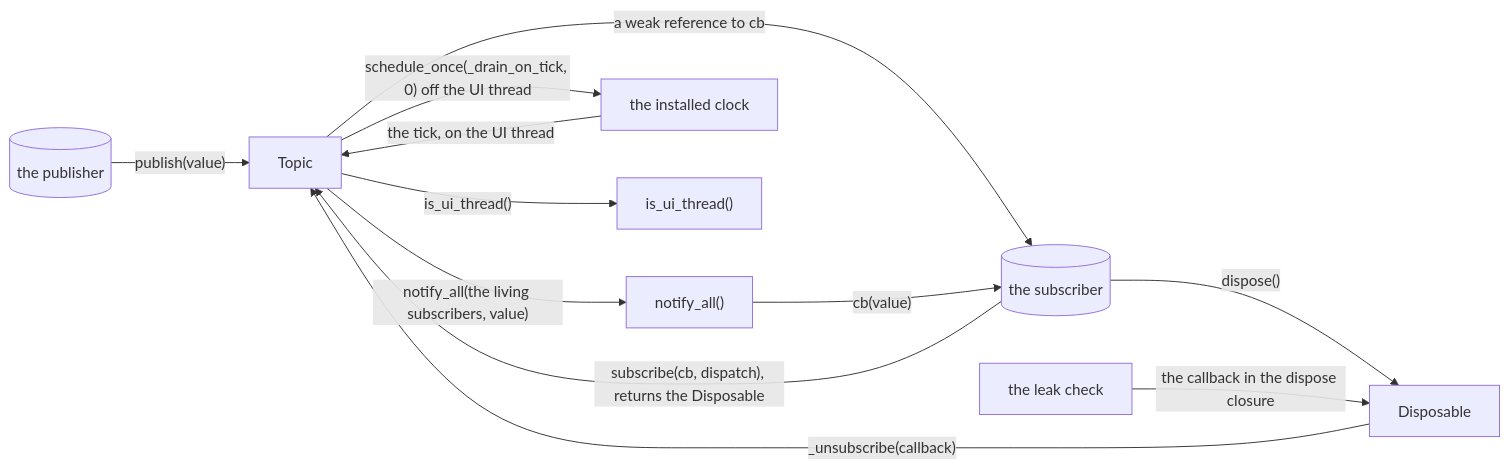
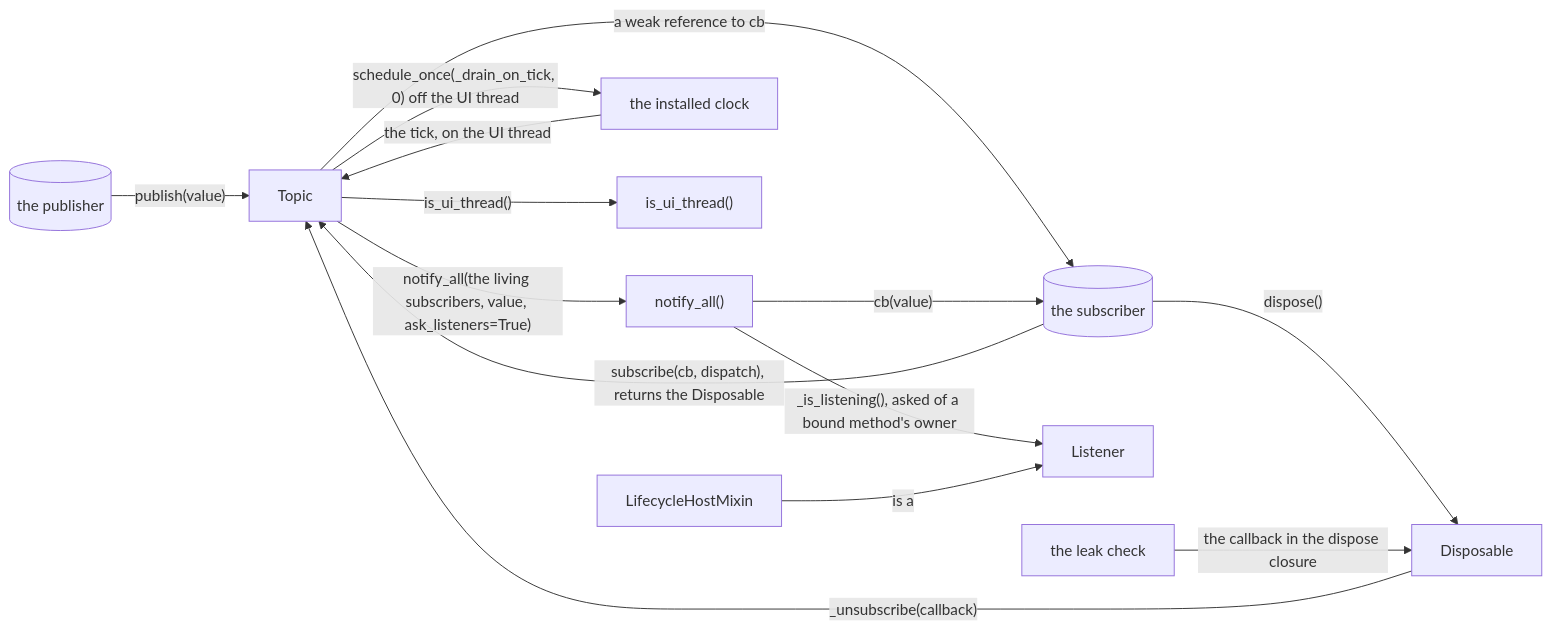
The ninth of 12 diagrams in docs/design/OBSERVABLE.md (yuksblog/nuiitivet), drawn with Mermaid before and after one commit. The commit also changed other lines of this file and 11 other files, not shown here.

First line of the commit message:
feat(observable): Topic calls a widget's method only while it is mounted

````diff
--- a/docs/design/OBSERVABLE.md
+++ b/docs/design/OBSERVABLE.md
@@ -353,23 +353,27 @@
 ```mermaid
 flowchart LR
     publisher[(the publisher)]
     subscriber[(the subscriber)]
     topic[Topic]
     disposable[Disposable]
     notify["notify_all()"]
     clock[the installed clock]
     threading["is_ui_thread()"]
+    listener[Listener]
+    lifecycle[LifecycleHostMixin]
     leaks[the leak check]
 
     publisher -- "publish(value)" --> topic
     subscriber -- "subscribe(cb, dispatch), returns the Disposable" --> topic
     subscriber -- "dispose()" --> disposable
     topic -- "a weak reference to cb" --> subscriber
     topic -- "is_ui_thread()" --> threading
     topic -- "schedule_once(_drain_on_tick, 0) off the UI thread" --> clock
     clock -- "the tick, on the UI thread" --> topic
-    topic -- "notify_all(the living subscribers, value)" --> notify
+    topic -- "notify_all(the living subscribers, value, ask_listeners=True)" --> notify
+    notify -- "_is_listening(), asked of a bound method's owner" --> listener
+    lifecycle -- "is a" --> listener
     notify -- "cb(value)" --> subscriber
     disposable -- "_unsubscribe(callback)" --> topic
     leaks -- "the callback in the dispose closure" --> disposable
 ```
````
